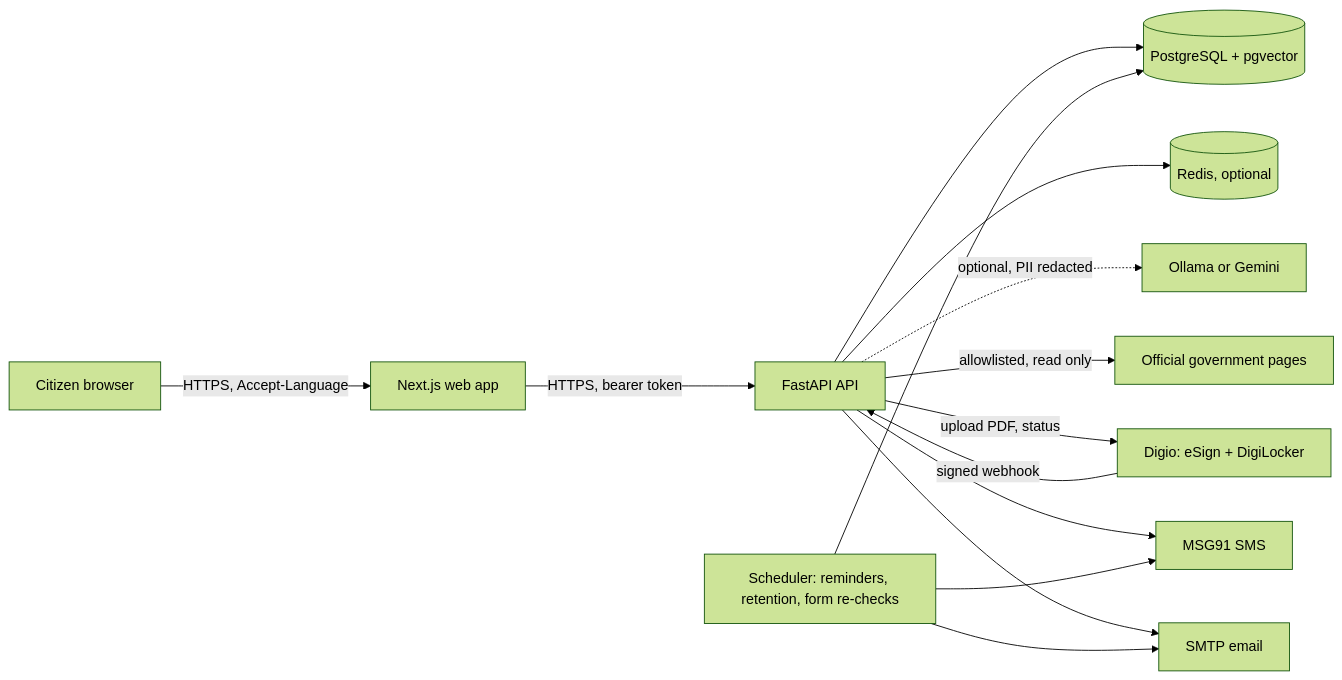
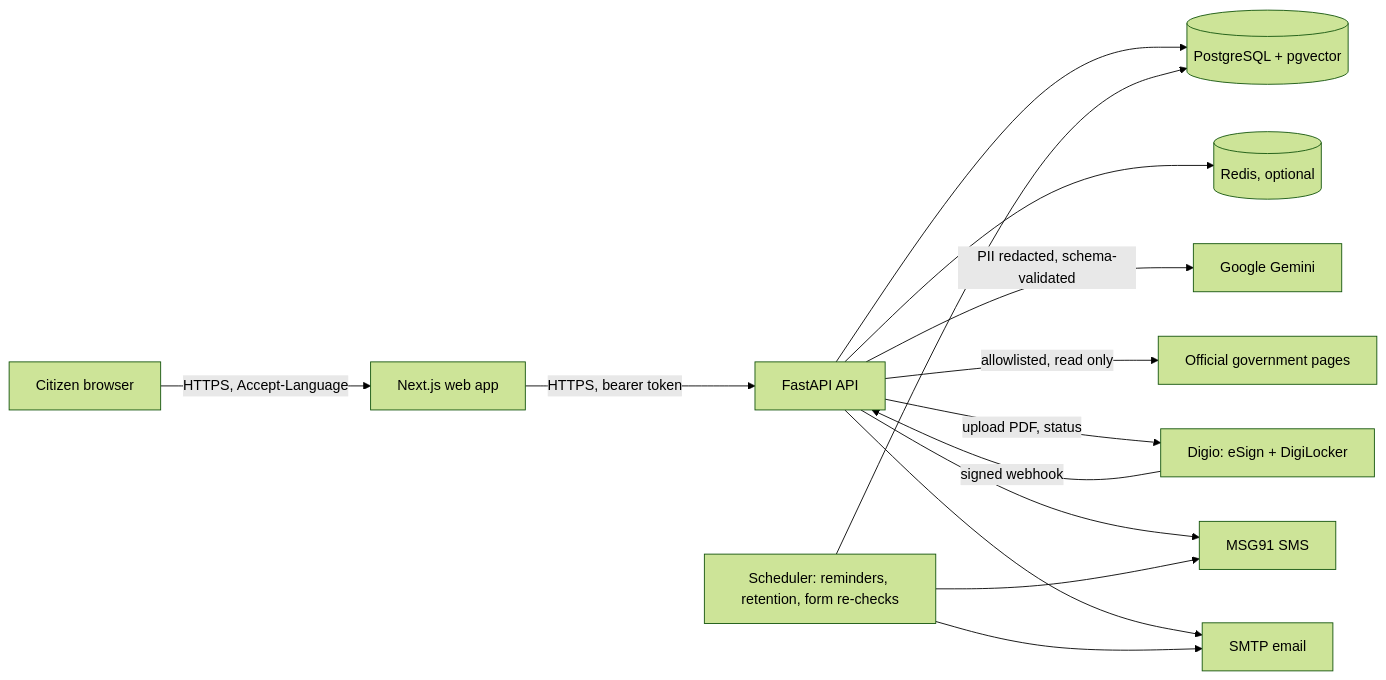
One commit to RajdipDhar2007/Red_Tape_Navigator changed the second of 3 diagrams in README.md. Above: the diagram before and after it, drawn with Mermaid (forest theme). The commit also changed other lines of this file and 15 other files, not shown here.

Commit message:
demo video: ribbon-cut intro with scissor sound, no placeholder box, no expert-review mention, expanded How-it-is-built slides, new ending; docs: Gemini is the AI provider (no Ollama), Vercel and Render hosting guide, refresh counts and stale references

````diff
--- a/README.md
+++ b/README.md
@@ -371,16 +371,16 @@
 ```mermaid
 flowchart LR
   B[Citizen browser] -->|HTTPS, Accept-Language| W[Next.js web app]
   W -->|HTTPS, bearer token| A[FastAPI API]
   A --> P[(PostgreSQL + pgvector)]
   A --> R[(Redis, optional)]
-  A -.->|optional, PII redacted| L[Ollama or Gemini]
+  A -->|PII redacted, schema-validated| L[Google Gemini]
   A -->|allowlisted, read only| G[Official government pages]
   A -->|upload PDF, status| D[Digio: eSign + DigiLocker]
   D -->|signed webhook| A
   A --> M[MSG91 SMS]
   A --> S[SMTP email]
   K[Scheduler: reminders, retention, form re-checks] --> P
   K --> M
   K --> S
 ```
````
